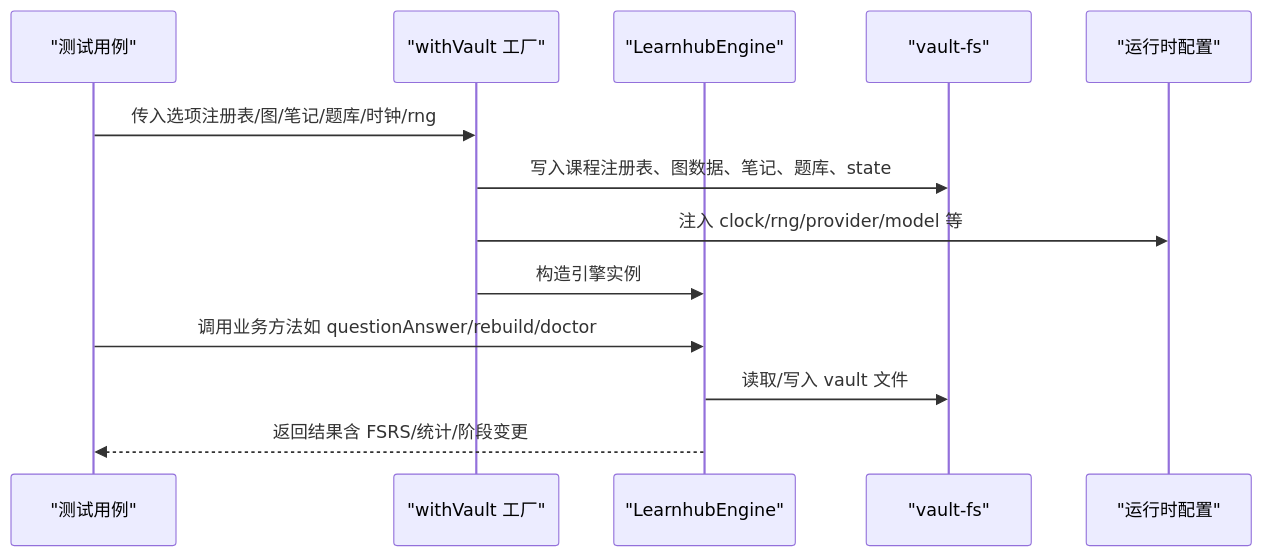
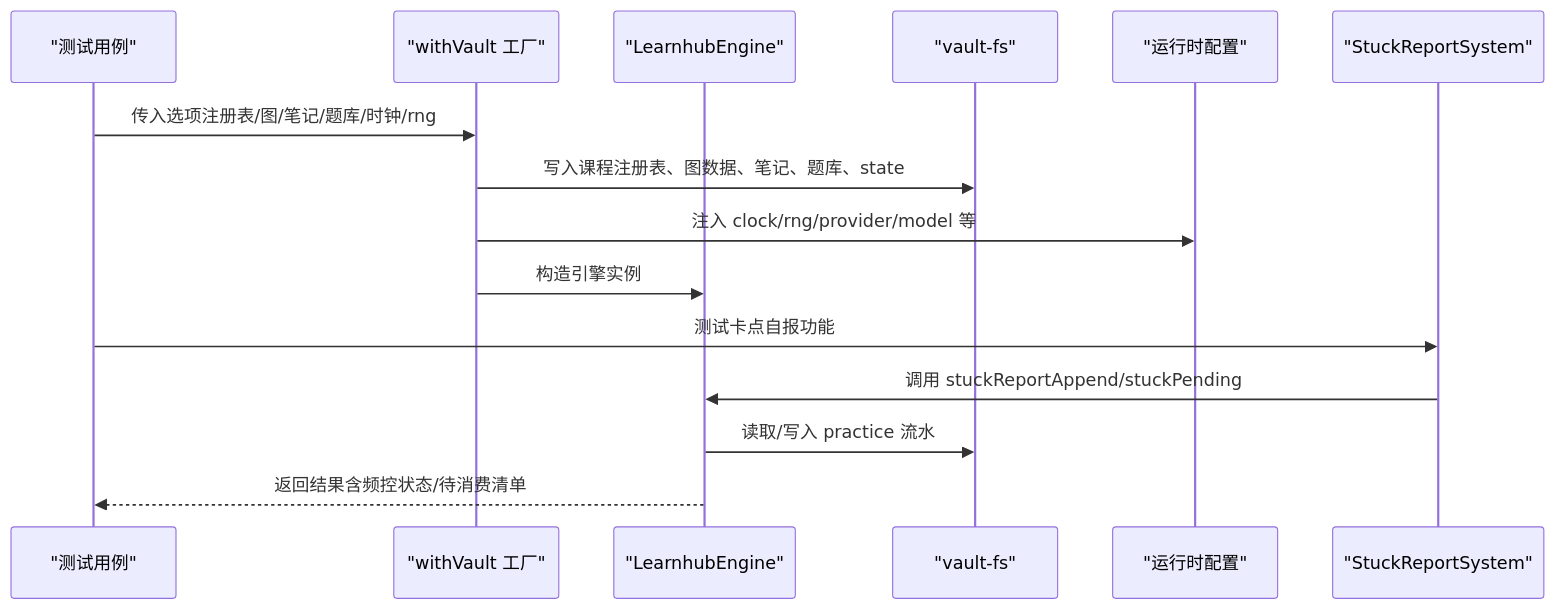
Before and after one commit to maozhijie/learnhub-plugin: the second of 8 diagrams in .qoder/repowiki/zh/content/测试策略/测试策略.md, drawn with Mermaid. The commit also changed other lines of this file and 8 other files, not shown here.

````diff
--- a/.qoder/repowiki/zh/content/测试策略/测试策略.md
+++ b/.qoder/repowiki/zh/content/测试策略/测试策略.md
@@ -74,15 +95,17 @@
 ```mermaid
 sequenceDiagram
 participant T as "测试用例"
 participant V as "withVault 工厂"
 participant E as "LearnhubEngine"
 participant FS as "vault-fs"
 participant R as "运行时配置"
+participant SR as "StuckReportSystem"
 T->>V : 传入选项注册表/图/笔记/题库/时钟/rng
 V->>FS : 写入课程注册表、图数据、笔记、题库、state
 V->>R : 注入 clock/rng/provider/model 等
 V->>E : 构造引擎实例
-T->>E : 调用业务方法如 questionAnswer/rebuild/doctor
-E->>FS : 读取/写入 vault 文件
-E-->>T : 返回结果含 FSRS/统计/阶段变更
+T->>SR : 测试卡点自报功能
+SR->>E : 调用 stuckReportAppend/stuckPending
+E->>FS : 读取/写入 practice 流水
+E-->>T : 返回结果含频控状态/待消费清单
 ```
````
